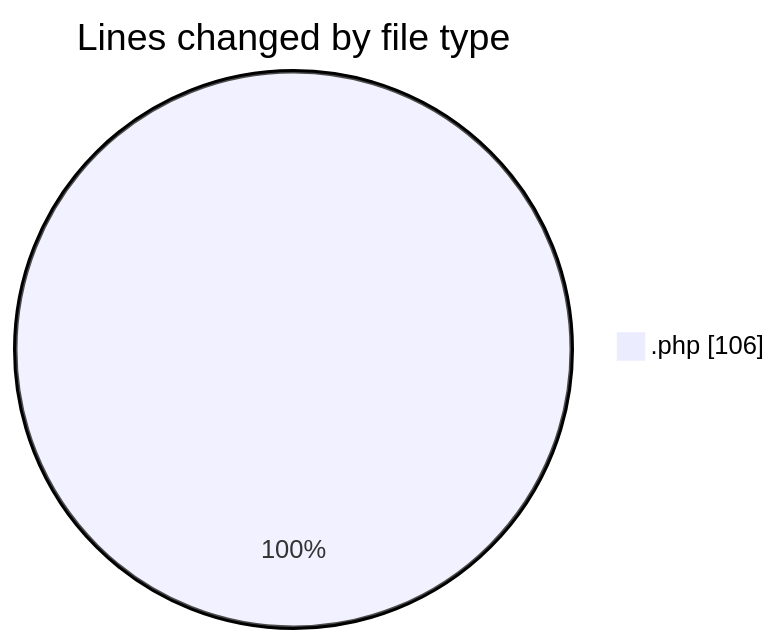
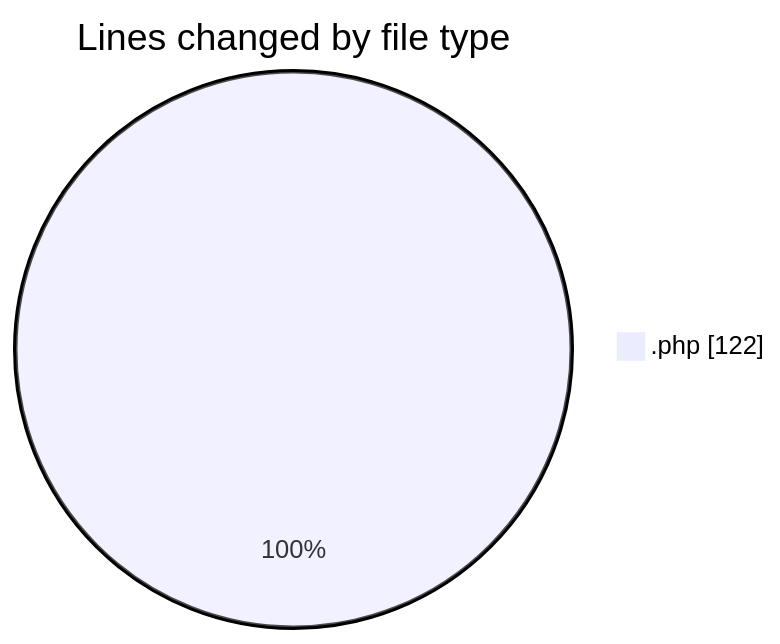
Before and after one commit to LanceThiago/code-tracking: the first of 2 diagrams in 2026-09-01/web/README.md, drawn with Mermaid. The commit also changed other lines of this file and 1 other file, not shown here.

````diff
--- a/2026-09-01/web/README.md
+++ b/2026-09-01/web/README.md
@@ -21,5 +21,5 @@
 ```mermaid
 pie showData
 title Lines changed by file type
-".php" : 106
+".php" : 122
 ```
````
